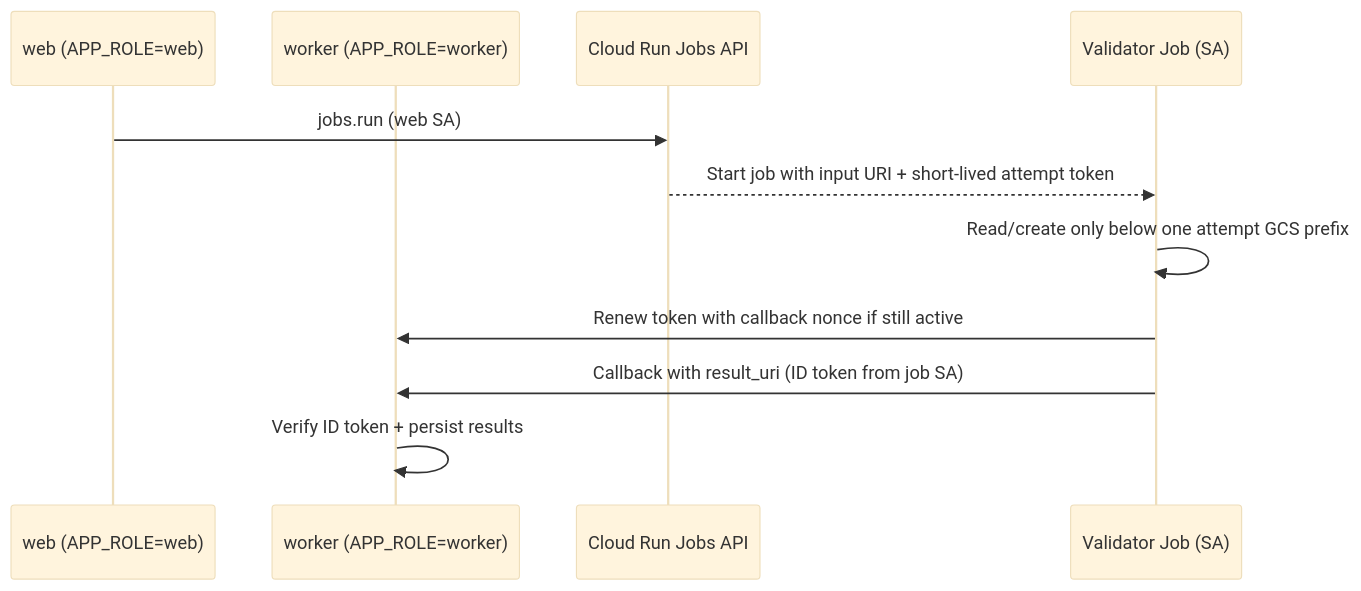
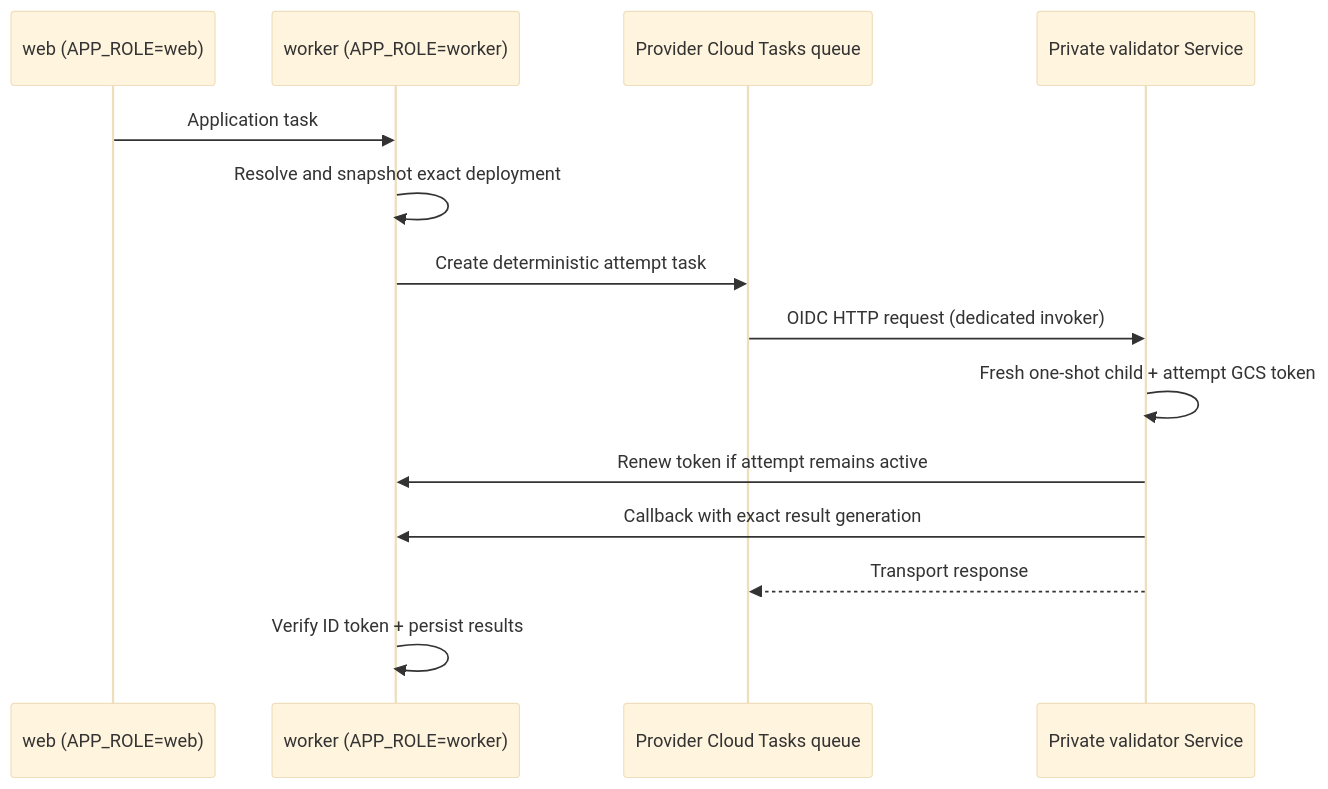
The first of 2 diagrams in docs/dev_docs/validator_jobs_cloud_run.md (danielmcquillen/validibot), drawn with Mermaid (base theme) before and after one commit. The commit also changed other lines of this file and 78 other files, not shown here.

Commit message:
feat(execution): add provider-selectable validator services

````diff
--- a/docs/dev_docs/validator_jobs_cloud_run.md
+++ b/docs/dev_docs/validator_jobs_cloud_run.md
@@ -21,14 +27,17 @@
 ```mermaid
 sequenceDiagram
     participant Web as web (APP_ROLE=web)
     participant Worker as worker (APP_ROLE=worker)
-    participant JobsAPI as Cloud Run Jobs API
-    participant Job as Validator Job (SA)
+    participant Queue as Provider Cloud Tasks queue
+    participant Service as Private validator Service
 
-    Web->>JobsAPI: jobs.run (web SA)
-    JobsAPI-->>Job: Start job with input URI + short-lived attempt token
-    Job->>Job: Read/create only below one attempt GCS prefix
-    Job->>Worker: Renew token with callback nonce if still active
-    Job->>Worker: Callback with result_uri (ID token from job SA)
+    Web->>Worker: Application task
+    Worker->>Worker: Resolve and snapshot exact deployment
+    Worker->>Queue: Create deterministic attempt task
+    Queue->>Service: OIDC HTTP request (dedicated invoker)
+    Service->>Service: Fresh one-shot child + attempt GCS token
+    Service->>Worker: Renew token if attempt remains active
+    Service->>Worker: Callback with exact result generation
+    Service-->>Queue: Transport response
     Worker->>Worker: Verify ID token + persist results
 ```
````
